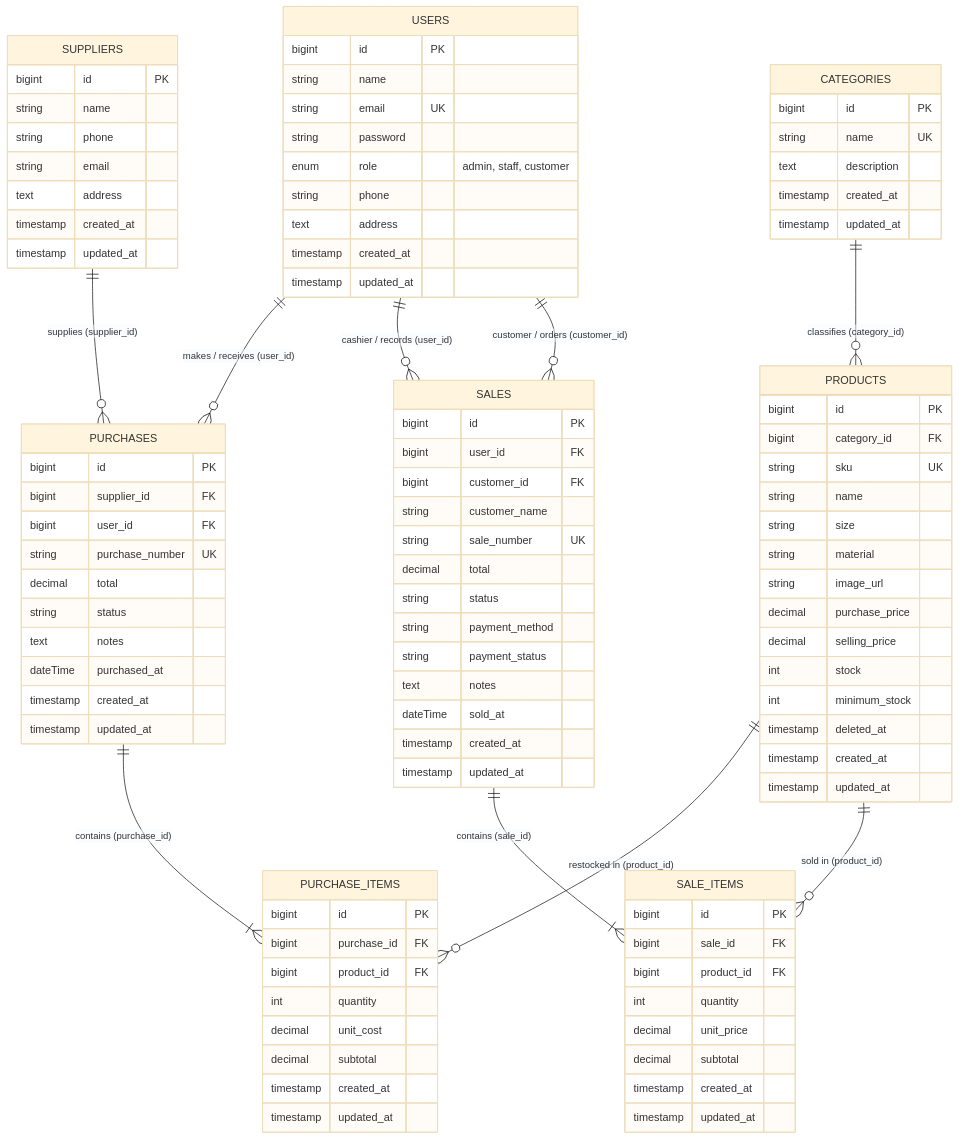
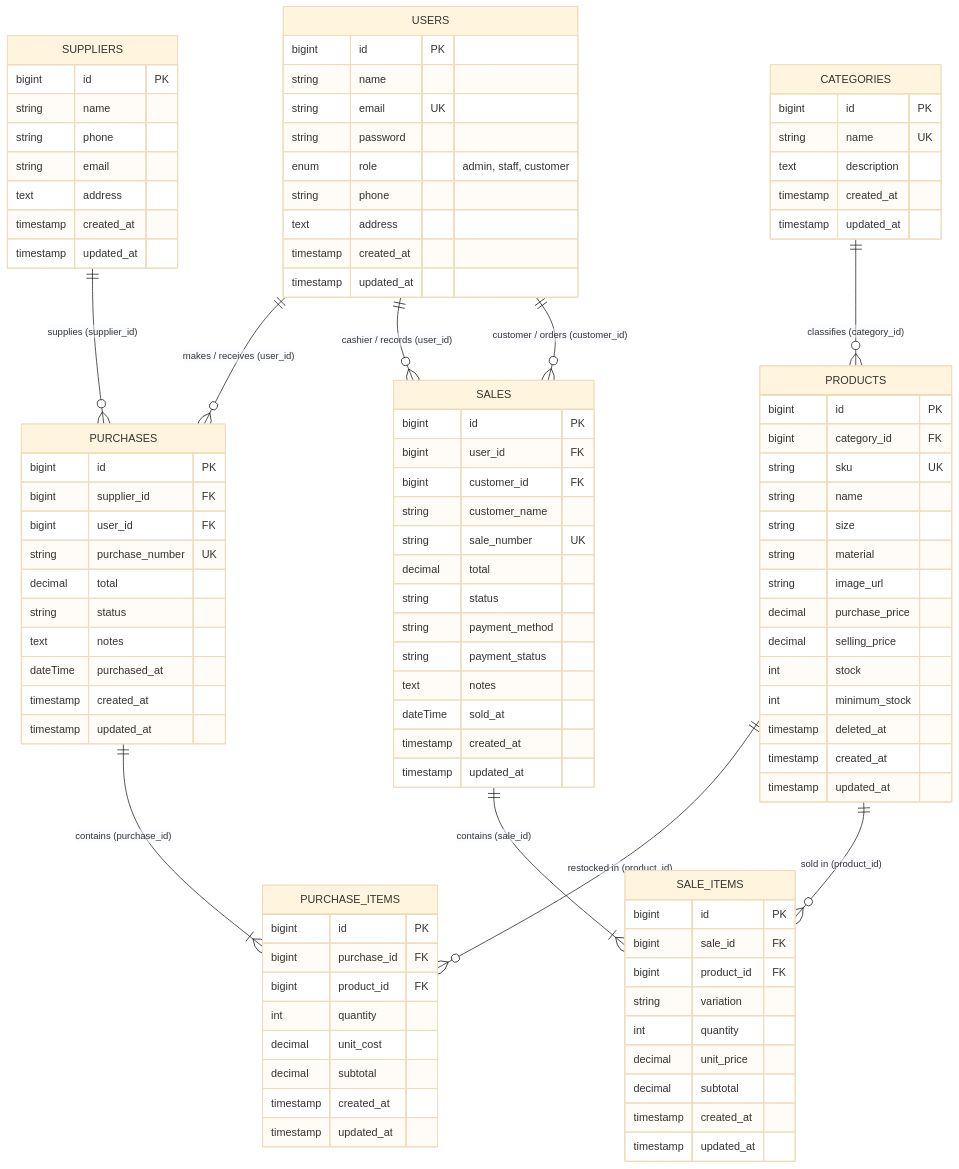
Before and after one commit to silmyarifah26-byte/integrated_laravel_project: the diagram in README.md, drawn with Mermaid (base theme). The commit also changed other lines of this file and 12 other files, not shown here.

```diff
--- a/README.md
+++ b/README.md
@@ -245,6 +249,7 @@
         bigint id PK
         bigint sale_id FK
         bigint product_id FK
+        string variation
         int quantity
         decimal unit_price
         decimal subtotal
```
